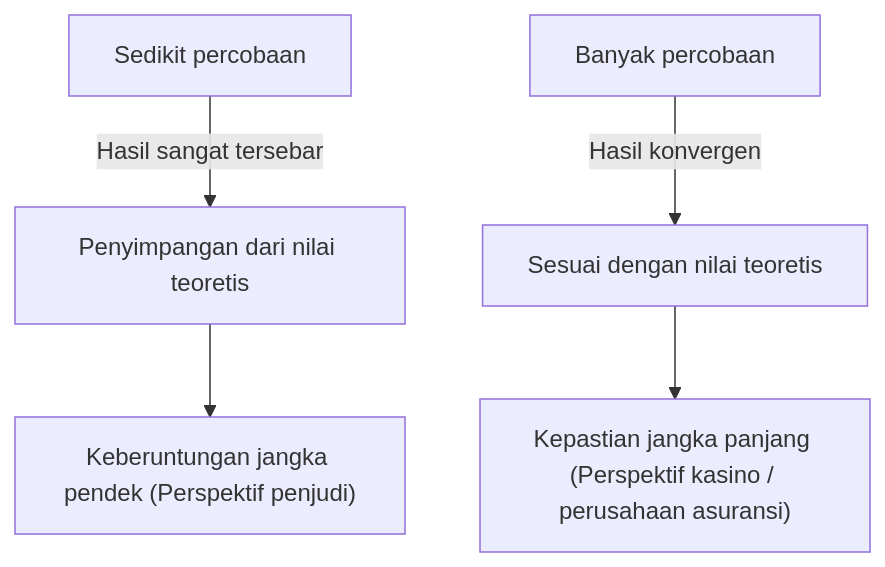
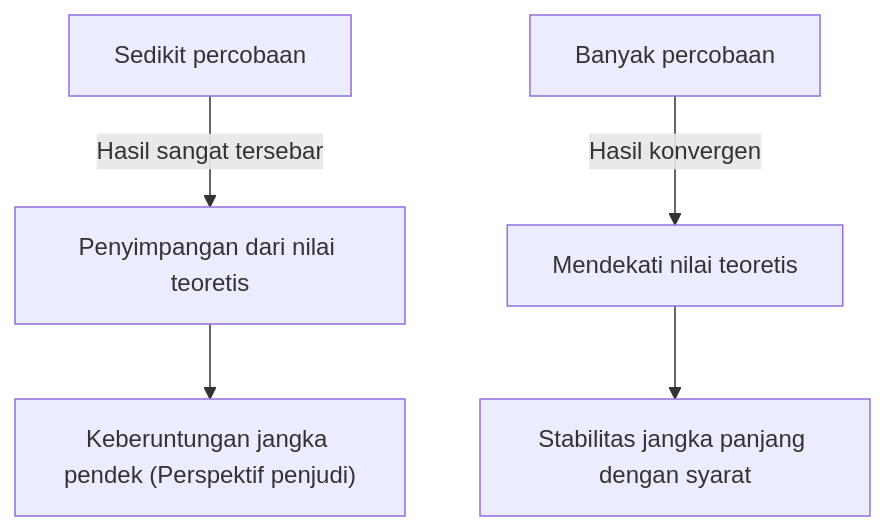
One commit to kenjinote/blog changed the first of 2 diagrams in content/post/law-of-large-numbers/index.id.md. Above: the diagram before and after it, drawn with Mermaid. The commit also changed other lines of this file and 12 other files, not shown here.

````diff
--- a/content/post/law-of-large-numbers/index.id.md
+++ b/content/post/law-of-large-numbers/index.id.md
@@ -30,7 +30,7 @@
 ```mermaid
 graph TD
     A["Sedikit percobaan"] -->|"Hasil sangat tersebar"| B["Penyimpangan dari nilai teoretis"]
-    C["Banyak percobaan"] -->|"Hasil konvergen"| D["Sesuai dengan nilai teoretis"]
+    C["Banyak percobaan"] -->|"Hasil konvergen"| D["Mendekati nilai teoretis"]
     B --> E["Keberuntungan jangka pendek (Perspektif penjudi)"]
-    D --> F["Kepastian jangka panjang (Perspektif kasino / perusahaan asuransi)"]
+    D --> F["Stabilitas jangka panjang dengan syarat"]
 ```
````
